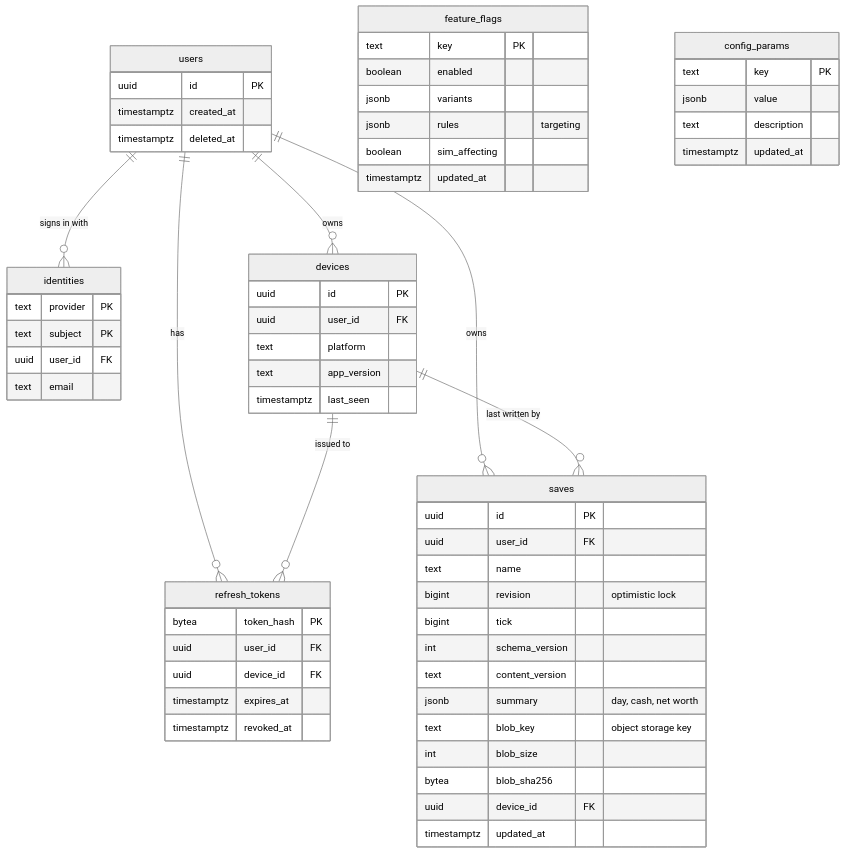
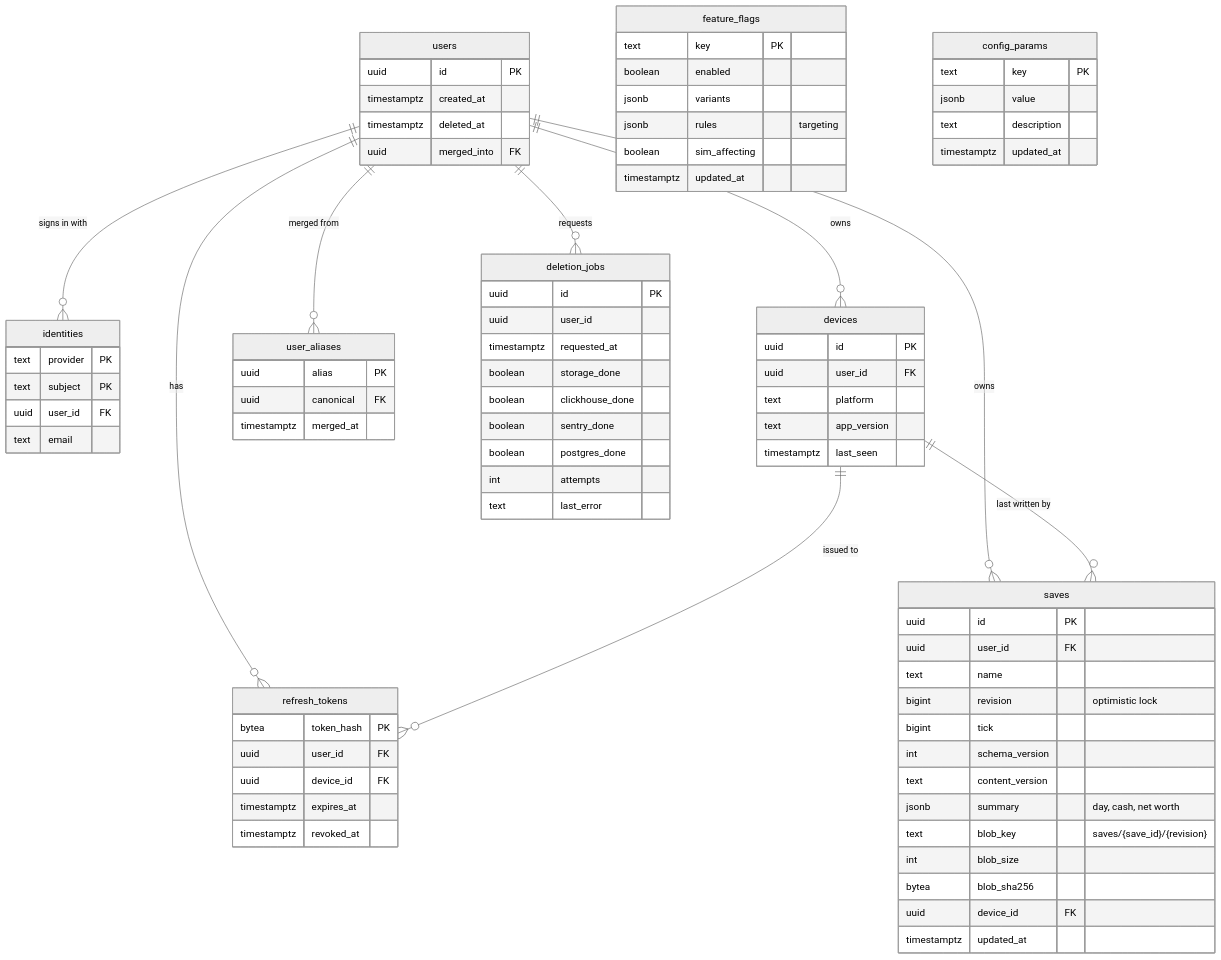
Before and after one commit to MIcQo/jetstream-tycoon: the sixth of 9 diagrams in docs/DIAGRAMS.md, drawn with Mermaid (neutral theme). The commit also changed other lines of this file and 11 other files, not shown here.

```diff
--- a/docs/DIAGRAMS.md
+++ b/docs/DIAGRAMS.md
@@ -166,12 +170,31 @@
   users ||--o{ refresh_tokens : has
   devices ||--o{ refresh_tokens : "issued to"
   users ||--o{ saves : owns
+  users ||--o{ user_aliases : "merged from"
+  users ||--o{ deletion_jobs : requests
   devices ||--o{ saves : "last written by"
 
   users {
     uuid id PK
     timestamptz created_at
     timestamptz deleted_at
+    uuid merged_into FK
+  }
+  user_aliases {
+    uuid alias PK
+    uuid canonical FK
+    timestamptz merged_at
+  }
+  deletion_jobs {
+    uuid id PK
+    uuid user_id
+    timestamptz requested_at
+    boolean storage_done
+    boolean clickhouse_done
+    boolean sentry_done
+    boolean postgres_done
+    int attempts
+    text last_error
   }
   identities {
     text provider PK
@@ -202,7 +225,7 @@
     int schema_version
     text content_version
     jsonb summary "day, cash, net worth"
-    text blob_key "object storage key"
+    text blob_key "saves/{save_id}/{revision}"
     int blob_size
     bytea blob_sha256
     uuid device_id FK
```
